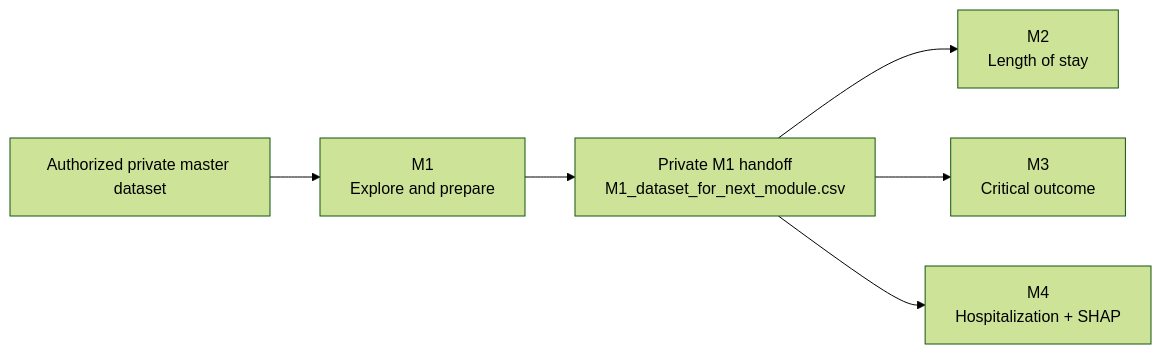
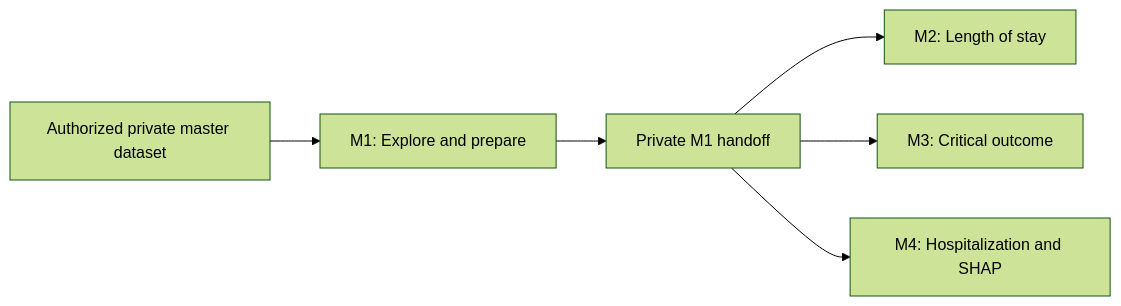
One commit to waziz786/MedML-toolbox changed the diagram in README.md. Above: the diagram before and after it, drawn with Mermaid (forest theme).

Commit message:
Fix README learning path diagram

````diff
--- a/README.md
+++ b/README.md
@@ -21,8 +21,8 @@
 ```mermaid
 flowchart LR
-   A[Authorized private master dataset] --> B[M1<br/>Explore and prepare]
-   B --> H[Private M1 handoff<br/>M1_dataset_for_next_module.csv]
-   H --> C[M2<br/>Length of stay]
-   H --> D[M3<br/>Critical outcome]
-   H --> E[M4<br/>Hospitalization + SHAP]
+   A["Authorized private master dataset"] --> B["M1: Explore and prepare"]
+   B --> H["Private M1 handoff"]
+   H --> C["M2: Length of stay"]
+   H --> D["M3: Critical outcome"]
+   H --> E["M4: Hospitalization and SHAP"]
 ```
````
